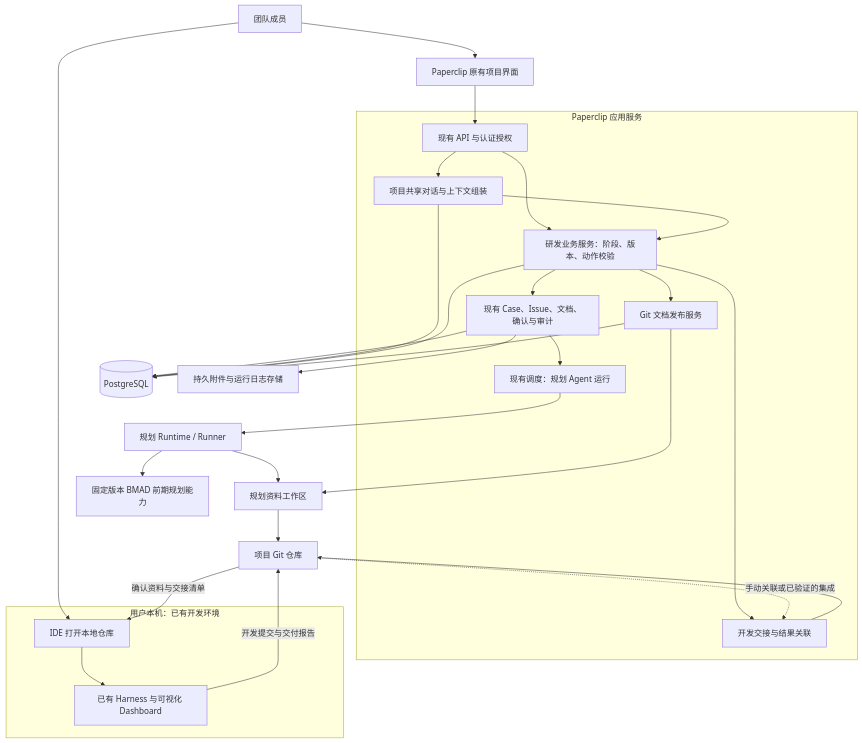
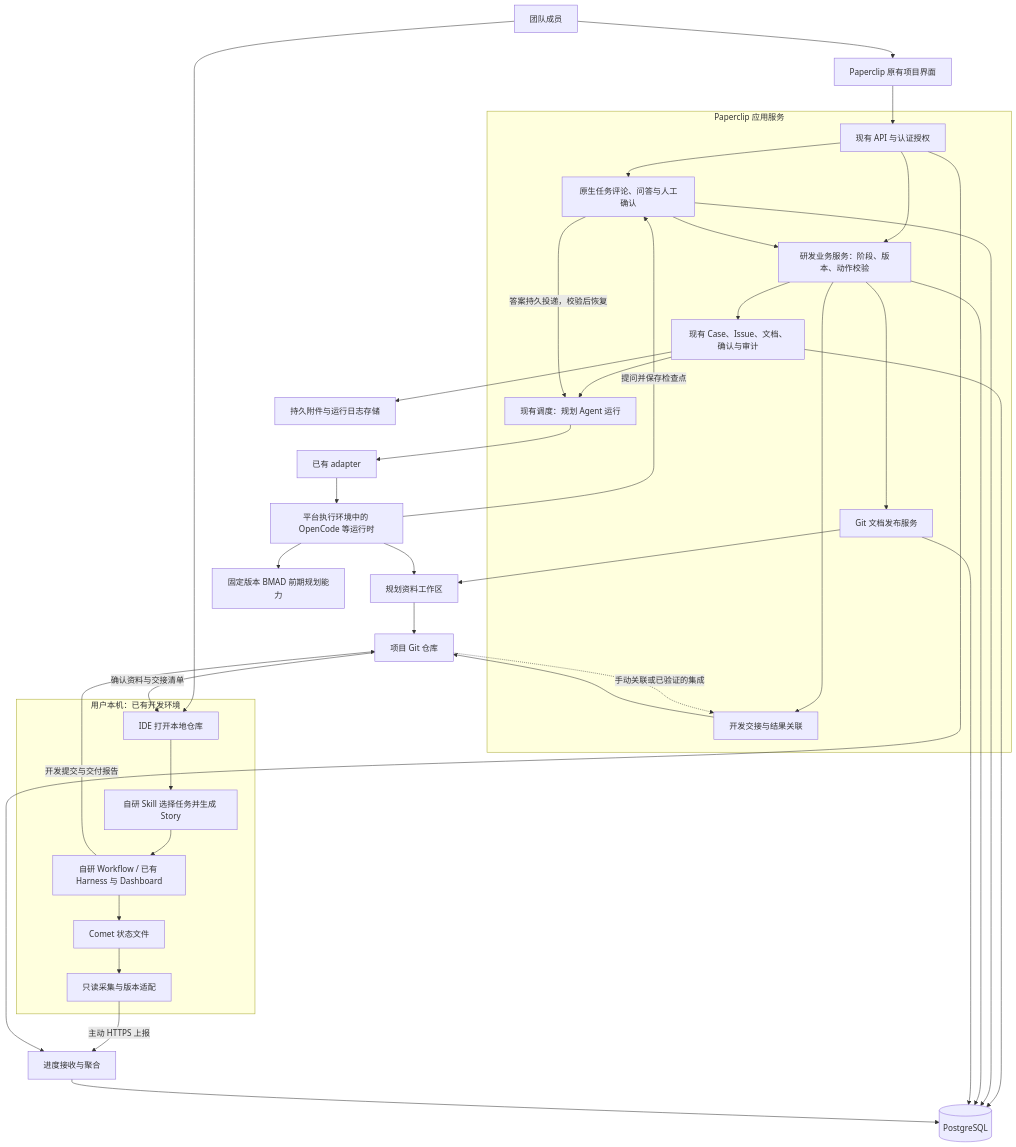
Before and after one commit to HelloGGX/paperclip: the first of 2 diagrams in doc/plans/2026-11-05-team-ai-development-architecture.md, drawn with Mermaid. The commit also changed other lines of this file and 3 other files, not shown here.

````diff
--- a/doc/plans/2026-11-05-team-ai-development-architecture.md
+++ b/doc/plans/2026-11-05-team-ai-development-architecture.md
@@ -39,32 +47,41 @@
 ```mermaid
 flowchart TB
     U[团队成员] --> UI[Paperclip 原有项目界面]
     UI --> API[现有 API 与认证授权]
     subgraph APP[Paperclip 应用服务]
-        API --> CHAT[项目共享对话与上下文组装]
+        API --> INTERACT[原生任务评论、问答与人工确认]
         API --> ENG[研发业务服务：阶段、版本、动作校验]
-        CHAT --> ENG
+        INTERACT --> ENG
         ENG --> CORE[现有 Case、Issue、文档、确认与审计]
         CORE --> DISPATCH[现有调度：规划 Agent 运行]
         ENG --> PUB[Git 文档发布服务]
         ENG --> HANDOFF[开发交接与结果关联]
     end
     CORE --> DB[(PostgreSQL)]
-    CHAT --> DB
+    INTERACT --> DB
     ENG --> DB
     PUB --> DB
-    DISPATCH --> RUN[规划 Runtime / Runner]
+    DISPATCH --> ADAPTER[已有 adapter]
+    ADAPTER --> RUN[平台执行环境中的 OpenCode 等运行时]
     RUN --> BMAD[固定版本 BMAD 前期规划能力]
+    RUN -->|提问并保存检查点| INTERACT
+    INTERACT -->|答案持久投递，校验后恢复| DISPATCH
     RUN --> WS[规划资料工作区]
     PUB --> WS
     WS --> GIT[项目 Git 仓库]
     HANDOFF --> GIT
     subgraph LOCAL[用户本机：已有开发环境]
-        IDE[IDE 打开本地仓库] --> HARNESS[已有 Harness 与可视化 Dashboard]
+        IDE[IDE 打开本地仓库] --> SKILL[自研 Skill 选择任务并生成 Story]
+        SKILL --> HARNESS[自研 Workflow / 已有 Harness 与 Dashboard]
+        HARNESS --> COMET[Comet 状态文件]
+        COMET --> OBS[只读采集与版本适配]
     end
     U --> IDE
     GIT -->|确认资料与交接清单| IDE
     HARNESS -->|开发提交与交付报告| GIT
     GIT -.->|手动关联或已验证的集成| HANDOFF
+    OBS -->|主动 HTTPS 上报| PROGRESS[进度接收与聚合]
+    PROGRESS --> DB
+    API --> PROGRESS
     CORE --> STORE[持久附件与运行日志存储]
 ```
````
